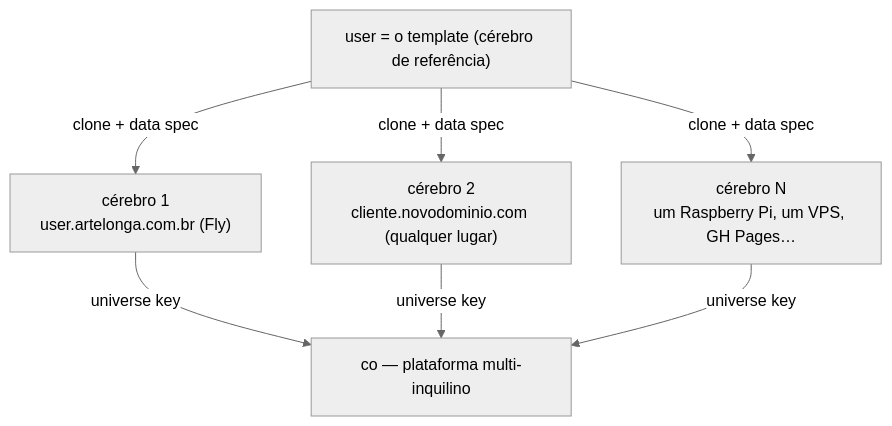
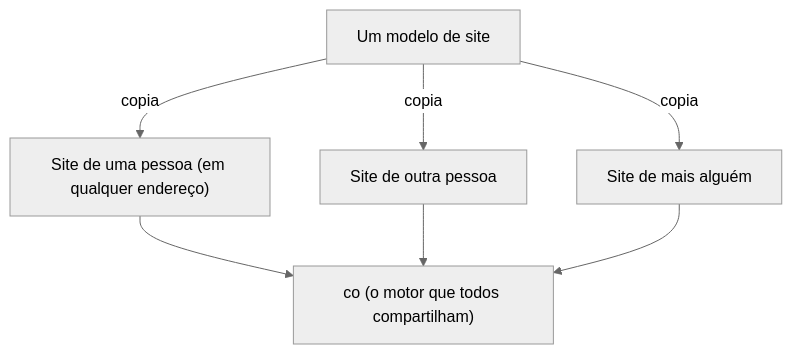
One commit to artelonga/ArteLonga changed the second of 6 diagrams in docs/intelligence-as-a-service.pt.md. Above: the diagram before and after it, drawn with Mermaid (neutral theme). The commit also changed other lines of this file and 43 other files, not shown here.

First line of the commit message:
feat(docs): diagramas simples e legíveis (sem jargão) em todas as docs (#89)

````diff
--- a/docs/intelligence-as-a-service.pt.md
+++ b/docs/intelligence-as-a-service.pt.md
@@ -93,10 +79,10 @@
 ```mermaid
 flowchart TB
-  TPL["user = o template (cérebro de referência)"]
-  TPL -->|"clone + data spec"| B1["cérebro 1<br/>user.artelonga.com.br (Fly)"]
-  TPL -->|"clone + data spec"| B2["cérebro 2<br/>cliente.novodominio.com (qualquer lugar)"]
-  TPL -->|"clone + data spec"| B3["cérebro N<br/>um Raspberry Pi, um VPS, GH Pages…"]
-  B1 -->|"universe key"| CO["co — plataforma multi-inquilino"]
-  B2 -->|"universe key"| CO
-  B3 -->|"universe key"| CO
+  TPL["Um modelo de site"]
+  TPL -->|"copia"| B1["Site de uma pessoa (em qualquer endereço)"]
+  TPL -->|"copia"| B2["Site de outra pessoa"]
+  TPL -->|"copia"| B3["Site de mais alguém"]
+  B1 --> CO["co (o motor que todos compartilham)"]
+  B2 --> CO
+  B3 --> CO
 ```
````
